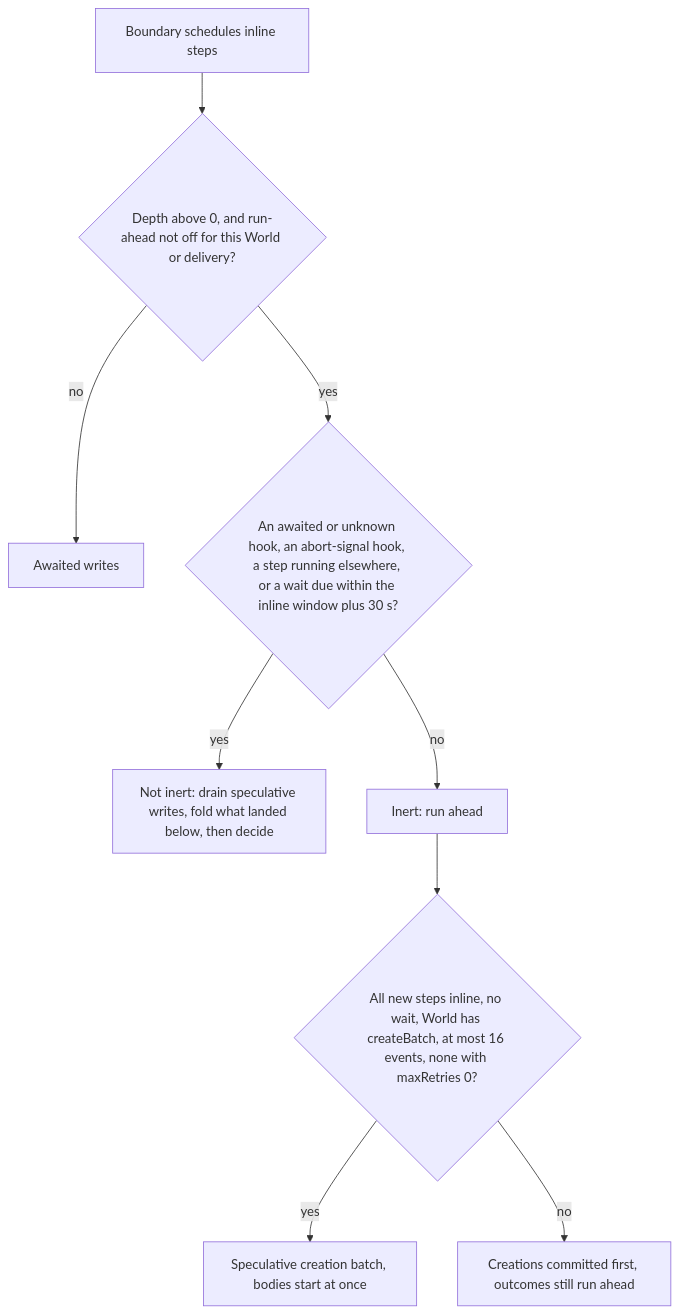
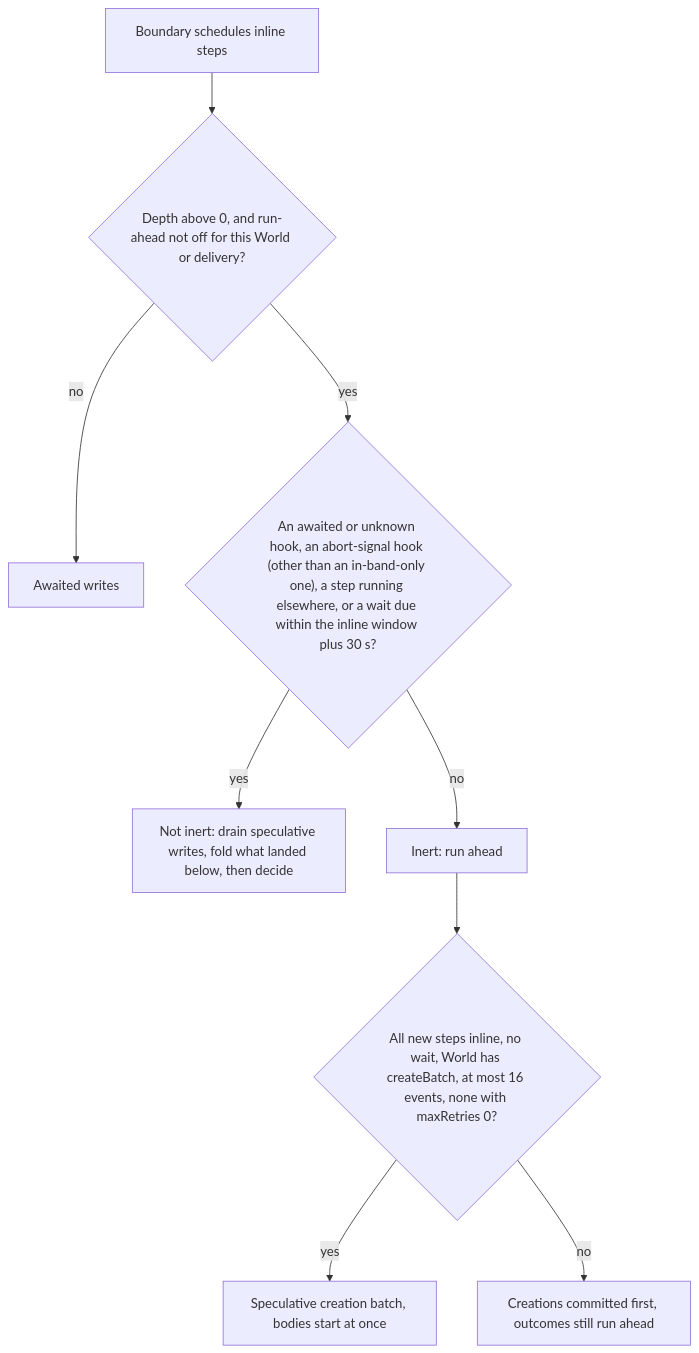
One commit to vercel/workflow changed the fourth of 21 diagrams in packages/core/src/runtime/spec9/README.md. Above: the diagram before and after it, drawn with Mermaid. The commit also changed other lines of this file and 10 other files, not shown here.

Commit message:
[core] PoC: in-band-only AbortController hooks don't stop spec 9 run-ahead

````diff
--- a/packages/core/src/runtime/spec9/README.md
+++ b/packages/core/src/runtime/spec9/README.md
@@ -462,11 +462,11 @@
 ```mermaid
 flowchart TD
     A["Boundary schedules inline steps"] --> B{"Depth above 0, and run-ahead not off for this World or delivery?"}
     B -->|"no"| AW["Awaited writes"]
-    B -->|"yes"| C{"An awaited or unknown hook, an abort-signal hook, a step running elsewhere, or a wait due within the inline window plus 30 s?"}
+    B -->|"yes"| C{"An awaited or unknown hook, an abort-signal hook (other than an in-band-only one), a step running elsewhere, or a wait due within the inline window plus 30 s?"}
     C -->|"yes"| DR["Not inert: drain speculative writes, fold what landed below, then decide"]
     C -->|"no"| G["Inert: run ahead"]
     G --> H{"All new steps inline, no wait, World has createBatch, at most 16 events, none with maxRetries 0?"}
     H -->|"yes"| SC["Speculative creation batch, bodies start at once"]
     H -->|"no"| PC["Creations committed first, outcomes still run ahead"]
 ```
````
